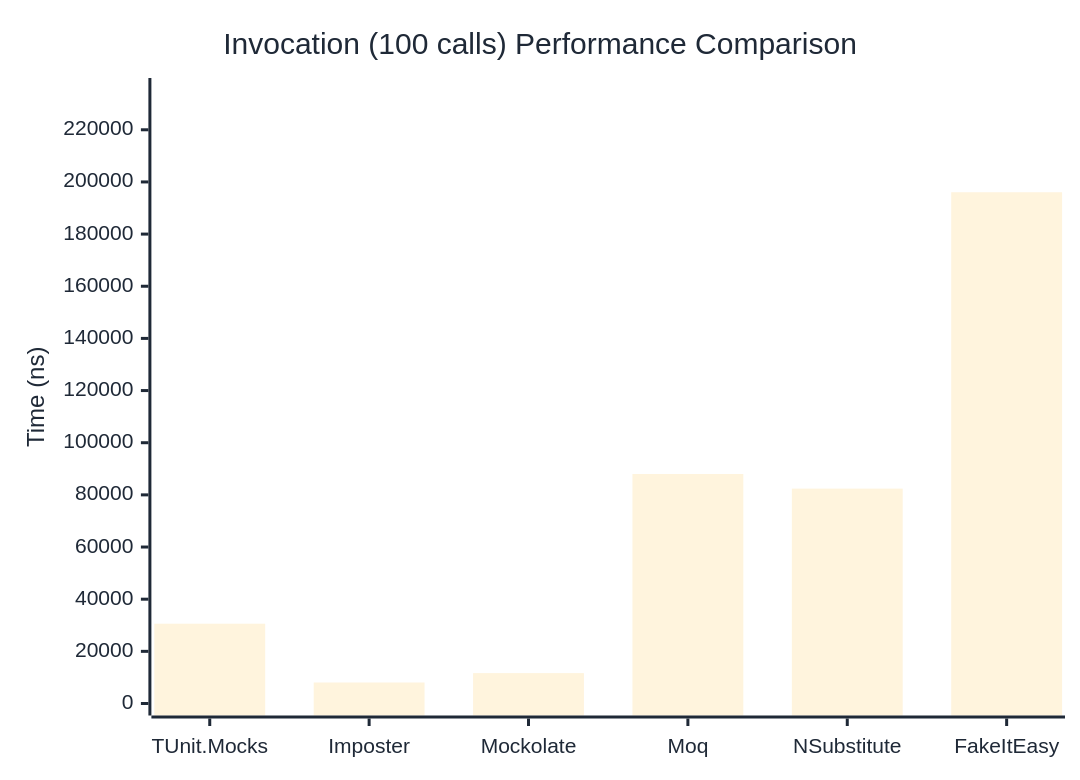
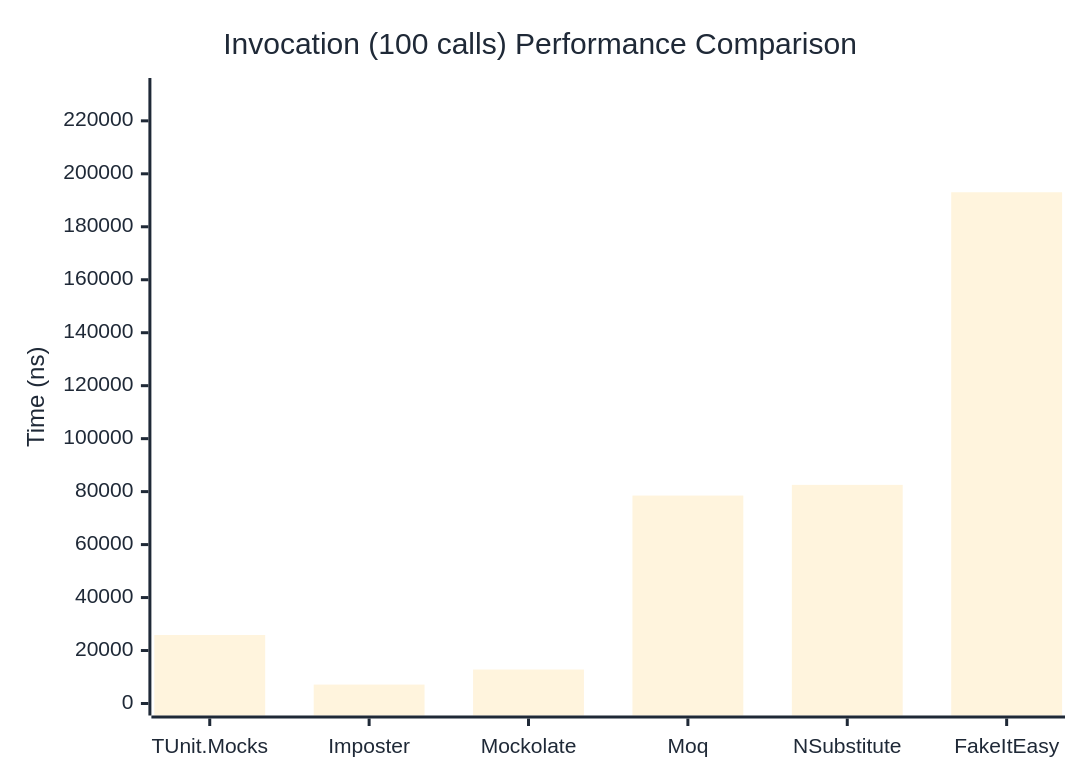
The third of 3 diagrams in docs/docs/benchmarks/mocks/Invocation.md (thomhurst/TUnit), drawn with Mermaid before and after one commit. The commit also changed other lines of this file and 14 other files, not shown here.

````diff
--- a/docs/docs/benchmarks/mocks/Invocation.md
+++ b/docs/docs/benchmarks/mocks/Invocation.md
@@ -112,27 +112,27 @@
 ```mermaid
 %%{init: {
   'theme':'base',
   'themeVariables': {
     'primaryColor': '#2563eb',
     'primaryTextColor': '#1f2937',
     'primaryBorderColor': '#1e40af',
     'lineColor': '#6b7280',
     'secondaryColor': '#7c3aed',
     'tertiaryColor': '#dc2626',
     'background': '#ffffff',
     'pie1': '#2563eb',
     'pie2': '#7c3aed',
     'pie3': '#dc2626',
     'pie4': '#f59e0b',
     'pie5': '#10b981',
     'pie6': '#06b6d4',
     'pie7': '#ec4899',
     'pie8': '#6366f1'
   }
 }}%%
 xychart-beta
   title "Invocation (100 calls) Performance Comparison"
   x-axis ["TUnit.Mocks", "Imposter", "Mockolate", "Moq", "NSubstitute", "FakeItEasy"]
-  y-axis "Time (ns)" 0 --> 235254
-  bar [30601.72, 8052.79, 11651.27, 88012.05, 82398.2, 196044.94]
+  y-axis "Time (ns)" 0 --> 231642
+  bar [25860.66, 7145.11, 12829.6, 78507.94, 82545.9, 193034.17]
 ```
````
